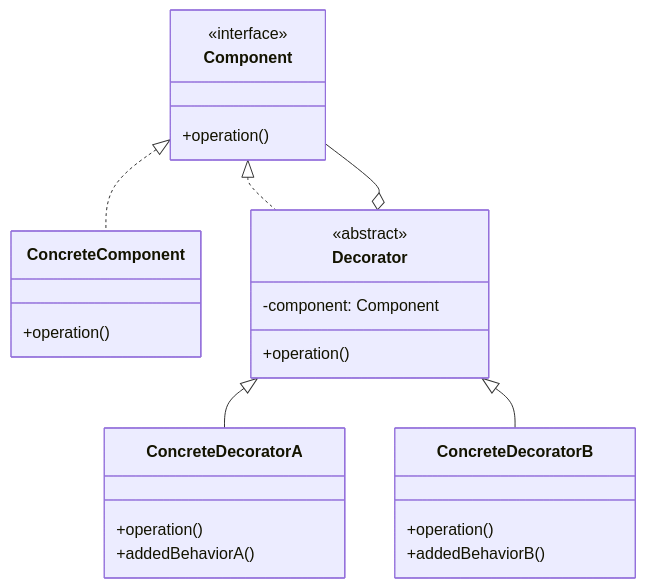
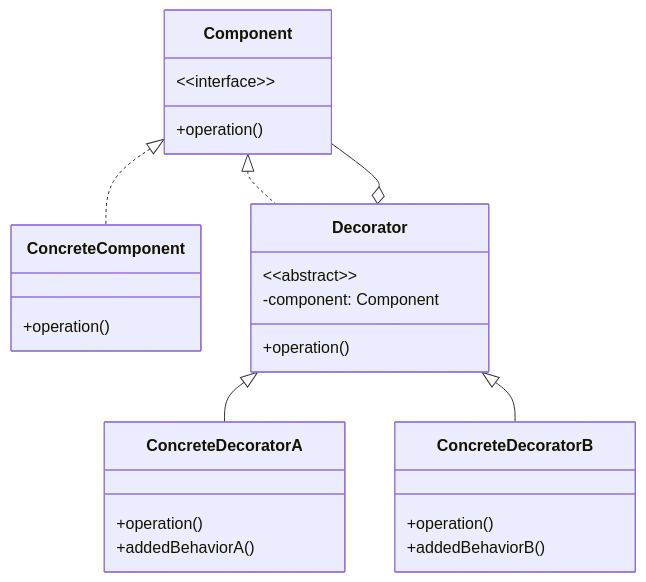
The diagram in content/posts/interview/ios-design/patterns/装饰器模式/index.md (AmatsuZero/LastStand), drawn with Mermaid before and after one commit. The commit also changed 10 other files, not shown here.

First line of the commit message:
fix: 修复设计模式系列 mermaid classDiagram 尖括号渲染失败

````diff
--- a/content/posts/interview/ios-design/patterns/装饰器模式/index.md
+++ b/content/posts/interview/ios-design/patterns/装饰器模式/index.md
@@ -224,33 +224,33 @@
 ```mermaid
 classDiagram
     class Component {
-        <<interface>>
+        &lt;&lt;interface&gt;&gt;
         +operation()
     }
     
     class ConcreteComponent {
         +operation()
     }
     
     class Decorator {
-        <<abstract>>
+        &lt;&lt;abstract&gt;&gt;
         -component: Component
         +operation()
     }
     
     class ConcreteDecoratorA {
         +operation()
         +addedBehaviorA()
     }
     
     class ConcreteDecoratorB {
         +operation()
         +addedBehaviorB()
     }
     
     Component <|.. ConcreteComponent
     Component <|.. Decorator
     Decorator <|-- ConcreteDecoratorA
     Decorator <|-- ConcreteDecoratorB
     Decorator o-- Component
 ```
````
